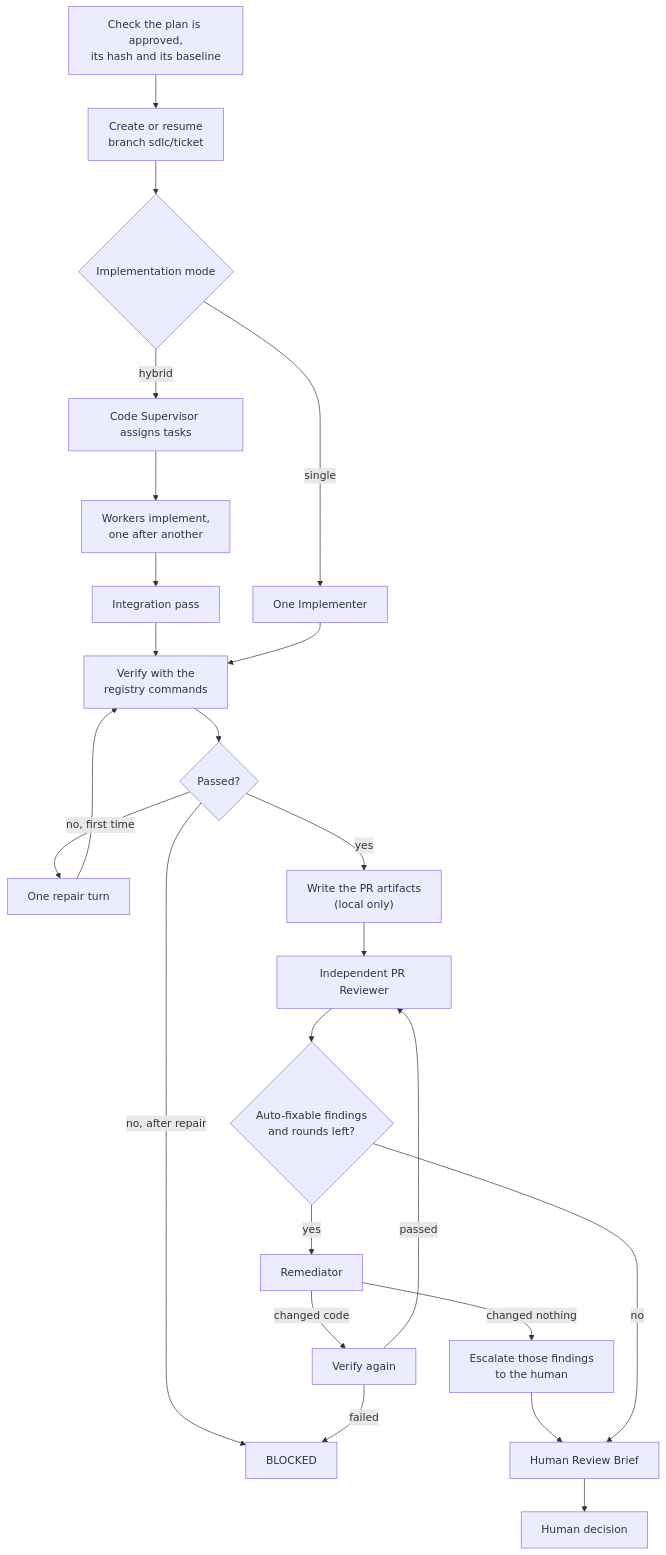
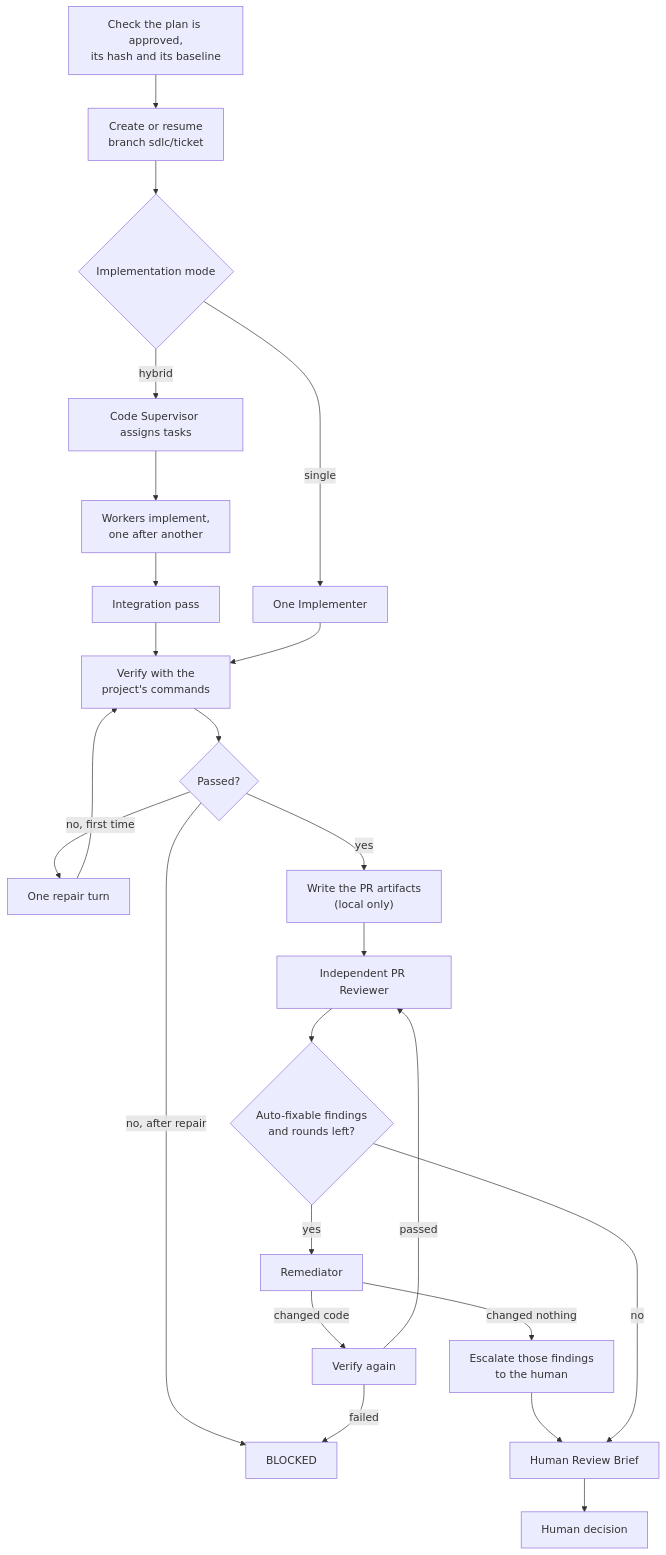
One commit to somr/awscao_agenticwflw changed the first of 3 diagrams in agentic-sdlc-docs/workflows/delivery.md. Above: the diagram before and after it, drawn with Mermaid. The commit also changed other lines of this file and 16 other files, not shown here.

````diff
--- a/agentic-sdlc-docs/workflows/delivery.md
+++ b/agentic-sdlc-docs/workflows/delivery.md
@@ -22,26 +22,26 @@
 ```mermaid
 flowchart TD
     A["Check the plan is approved,<br/>its hash and its baseline"] --> B["Create or resume<br/>branch sdlc/ticket"]
     B --> M{Implementation mode}
     M -- hybrid --> SUP[Code Supervisor assigns tasks]
     SUP --> WK["Workers implement,<br/>one after another"]
     WK --> INT[Integration pass]
     M -- single --> IMP[One Implementer]
     INT --> VER
-    IMP --> VER["Verify with the<br/>registry commands"]
+    IMP --> VER["Verify with the<br/>project's commands"]
     VER --> OK{Passed?}
     OK -- "no, first time" --> REP[One repair turn]
     REP --> VER
     OK -- "no, after repair" --> BL[BLOCKED]
     OK -- yes --> PR["Write the PR artifacts<br/>(local only)"]
     PR --> REV[Independent PR Reviewer]
     REV --> F{"Auto-fixable findings<br/>and rounds left?"}
     F -- yes --> REM[Remediator]
     REM -- "changed nothing" --> ESC["Escalate those findings<br/>to the human"]
     ESC --> BRIEF
     REM -- changed code --> V2[Verify again]
     V2 -- failed --> BL
     V2 -- passed --> REV
     F -- no --> BRIEF[Human Review Brief]
     BRIEF --> H[Human decision]
 ```
````
